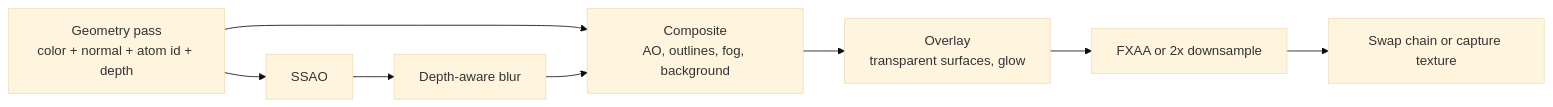
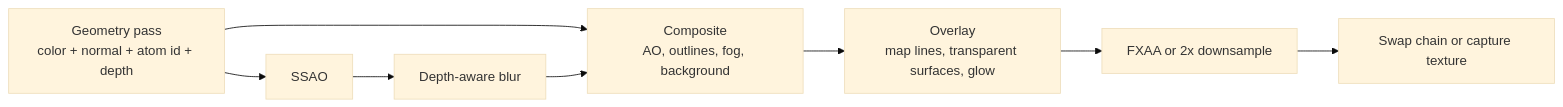
Before and after one commit to robert-mcdermott/proteoscope: the third of 3 diagrams in proteoscope-spec/design.md, drawn with Mermaid (base theme). The commit also changed other lines of this file and 76 other files, not shown here.

````diff
--- a/proteoscope-spec/design.md
+++ b/proteoscope-spec/design.md
@@ -263,9 +313,9 @@
 ```mermaid
 graph LR
     G[Geometry pass<br/>color + normal + atom id + depth] --> AO[SSAO] --> B[Depth-aware blur]
     G --> C[Composite<br/>AO, outlines, fog, background]
     B --> C
-    C --> O[Overlay<br/>transparent surfaces, glow]
+    C --> O[Overlay<br/>map lines, transparent surfaces, glow]
     O --> F[FXAA or 2x downsample]
     F --> S[Swap chain or capture texture]
 ```
````
